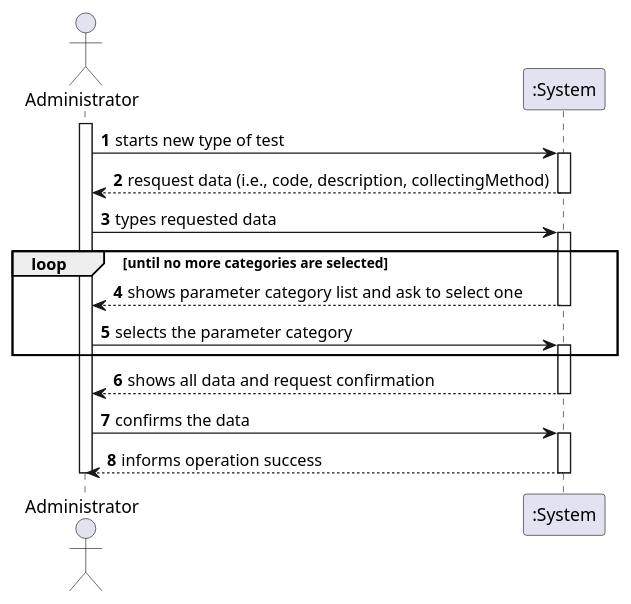
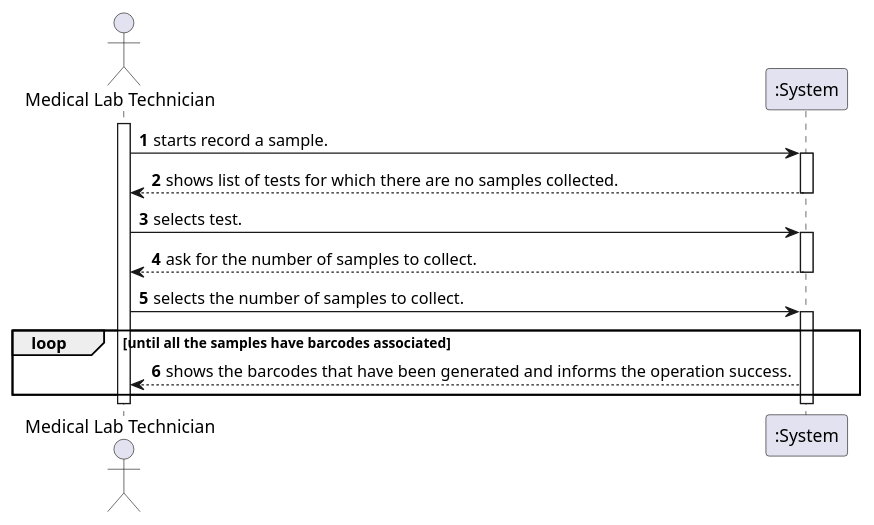
Before and after one commit to RuiRioPina/LAPR2-20-21: the diagram in docs/SprintC/US_5/UC5_SSD.puml, drawn with PlantUML. The commit also changed 2 other files, not shown here.

```diff
--- a/docs/SprintC/US_5/UC5_SSD.puml
+++ b/docs/SprintC/US_5/UC5_SSD.puml
@@ -1,29 +1,24 @@
 @startuml
 autonumber
-actor "Administrator" as ADMIN
+actor "Medical Lab Technician" as MEDLT
 
-activate ADMIN
-ADMIN-> ":System" : starts new type of test 
+activate MEDLT
+MEDLT-> ":System" : starts record a sample. 
 activate ":System"
-":System" --> ADMIN : resquest data (i.e., code, description, collectingMethod)
+":System" --> MEDLT : shows list of tests for which there are no samples collected.
 deactivate ":System"
 
-ADMIN -> ":System" : types requested data
+MEDLT -> ":System" : selects test.
 activate ":System"
-loop until no more categories are selected
-	":System" --> ADMIN : shows parameter category list and ask to select one
-	deactivate ":System"
-
-	ADMIN -> ":System" : selects the parameter category
-	activate ":System"
-end
-":System" --> ADMIN : shows all data and request confirmation 
+":System" --> MEDLT : ask for the number of samples to collect.
 deactivate ":System"
 
-ADMIN -> ":System" : confirms the data
+MEDLT -> ":System" : selects the number of samples to collect.
 activate ":System"
-":System" --> ADMIN : informs operation success 
+loop until all the samples have barcodes associated
+	":System" --> MEDLT : shows the barcodes that have been generated and informs the operation success.
+end
 deactivate ":System"
 
-deactivate ADMIN
+deactivate MEDLT
 @enduml
```
